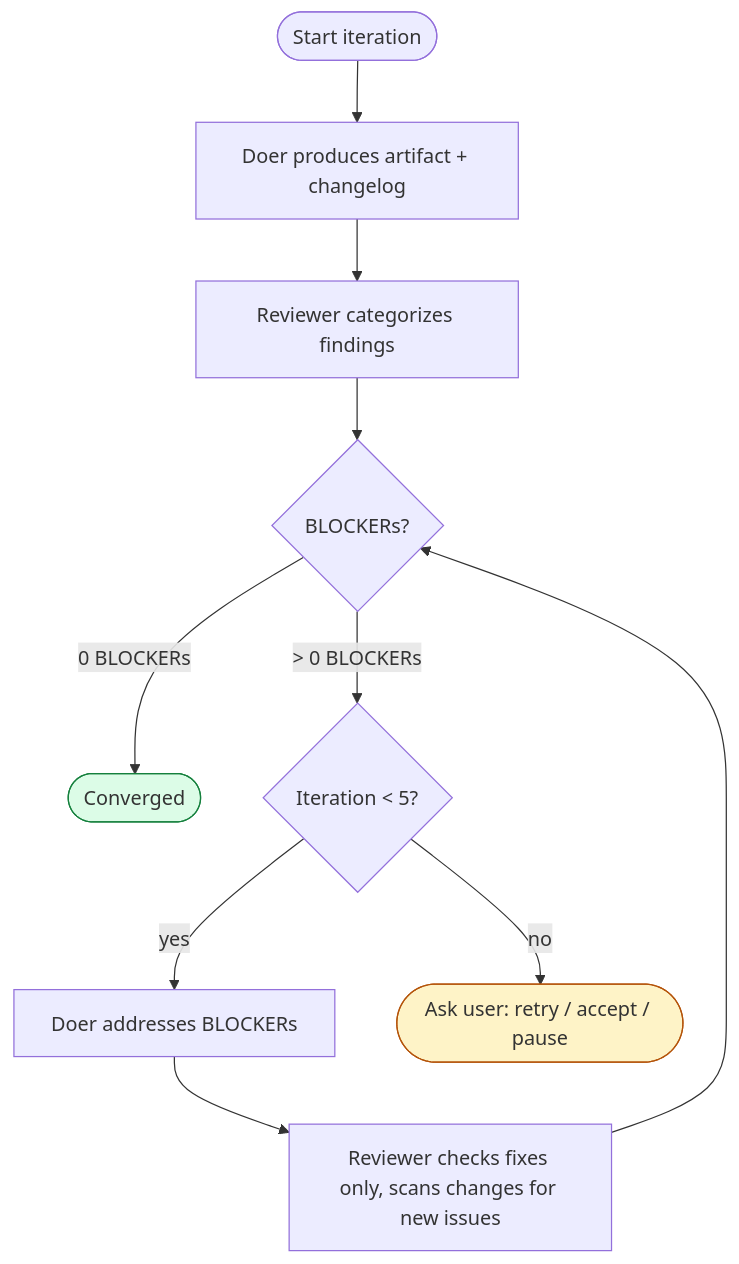
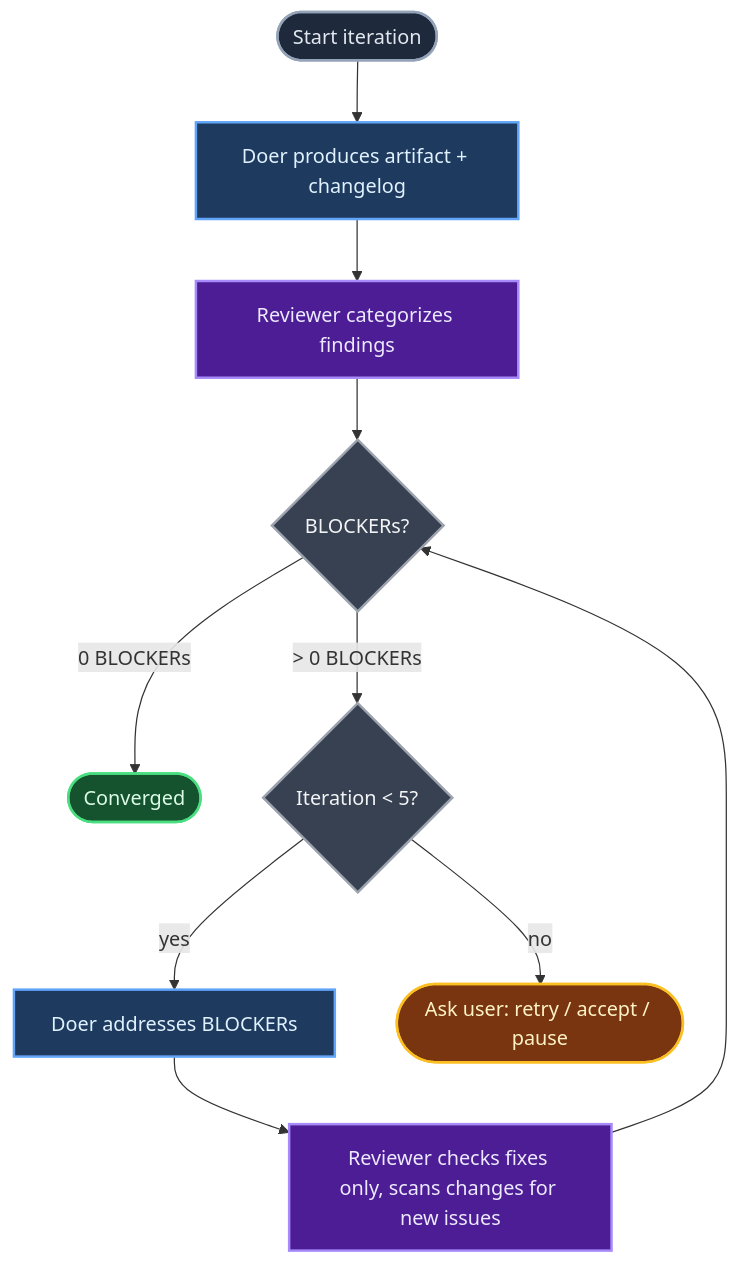
Before and after one commit to icarloscornejo/doer: the second of 3 diagrams in README.md, drawn with Mermaid. The commit also changed other lines of this file, not shown here.

First line of the commit message:
docs(readme): dark-mode friendly colors for mermaid diagrams

````diff
--- a/README.md
+++ b/README.md
@@ -42,17 +40,19 @@
 ```mermaid
 flowchart TD
-    Start([Start iteration]) --> Doer[Doer produces artifact + changelog]
-    Doer --> Reviewer[Reviewer categorizes findings]
-    Reviewer --> Check{BLOCKERs?}
-    Check -- "0 BLOCKERs" --> Done([Converged])
-    Check -- "> 0 BLOCKERs" --> Max{Iteration < 5?}
-    Max -- "yes" --> DoerD[Doer addresses BLOCKERs]
-    DoerD --> ReviewerD[Reviewer checks fixes only, scans changes for new issues]
+    Start([Start iteration]):::plain --> Doer[Doer produces artifact + changelog]:::doer
+    Doer --> Reviewer[Reviewer categorizes findings]:::reviewer
+    Reviewer --> Check{BLOCKERs?}:::decision
+    Check -- "0 BLOCKERs" --> Done([Converged]):::success
+    Check -- "> 0 BLOCKERs" --> Max{Iteration < 5?}:::decision
+    Max -- "yes" --> DoerD[Doer addresses BLOCKERs]:::doer
+    DoerD --> ReviewerD[Reviewer checks fixes only, scans changes for new issues]:::reviewer
     ReviewerD --> Check
-    Max -- "no" --> Ask([Ask user: retry / accept / pause])
+    Max -- "no" --> Ask([Ask user: retry / accept / pause]):::warn
 
-    classDef green fill:#dcfce7,stroke:#15803d
-    classDef yellow fill:#fef3c7,stroke:#b45309
-    class Done green
-    class Ask yellow
+    classDef plain fill:#1e293b,stroke:#94a3b8,stroke-width:2px,color:#e2e8f0
+    classDef doer fill:#1e3a5f,stroke:#60a5fa,stroke-width:2px,color:#e0f2fe
+    classDef reviewer fill:#4c1d95,stroke:#a78bfa,stroke-width:2px,color:#ede9fe
+    classDef decision fill:#374151,stroke:#9ca3af,stroke-width:2px,color:#f3f4f6
+    classDef success fill:#14532d,stroke:#4ade80,stroke-width:2px,color:#dcfce7
+    classDef warn fill:#78350f,stroke:#fbbf24,stroke-width:2px,color:#fef3c7
 ```
````
